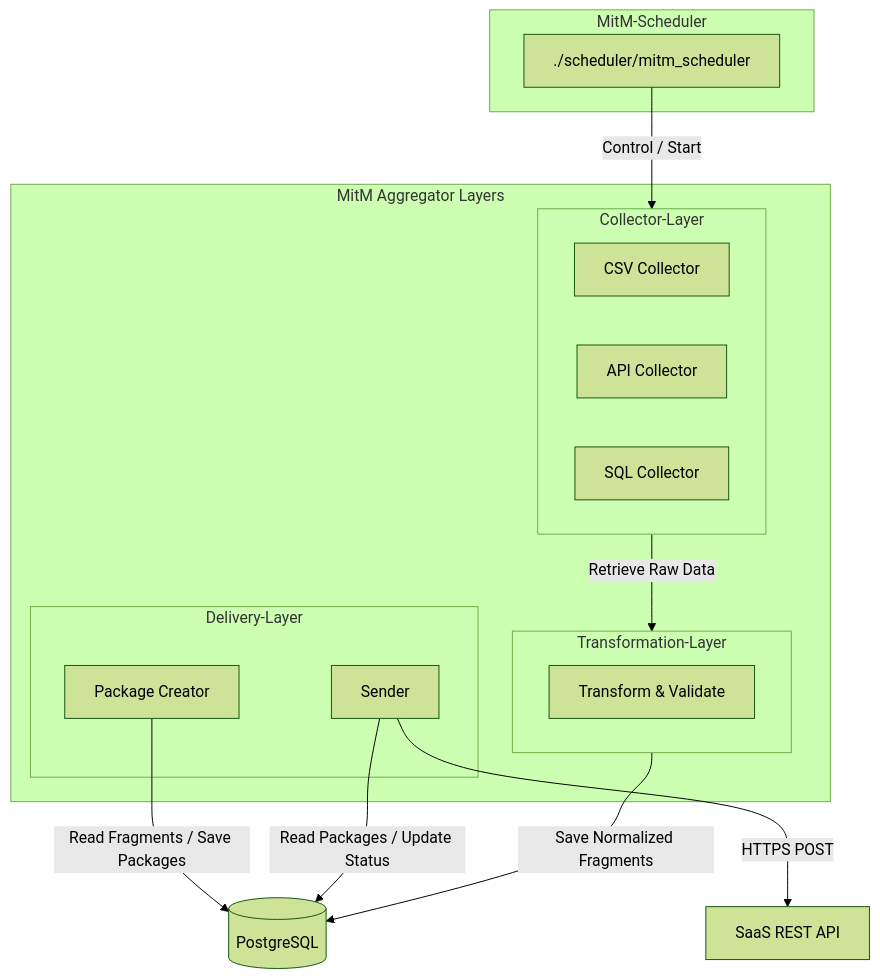
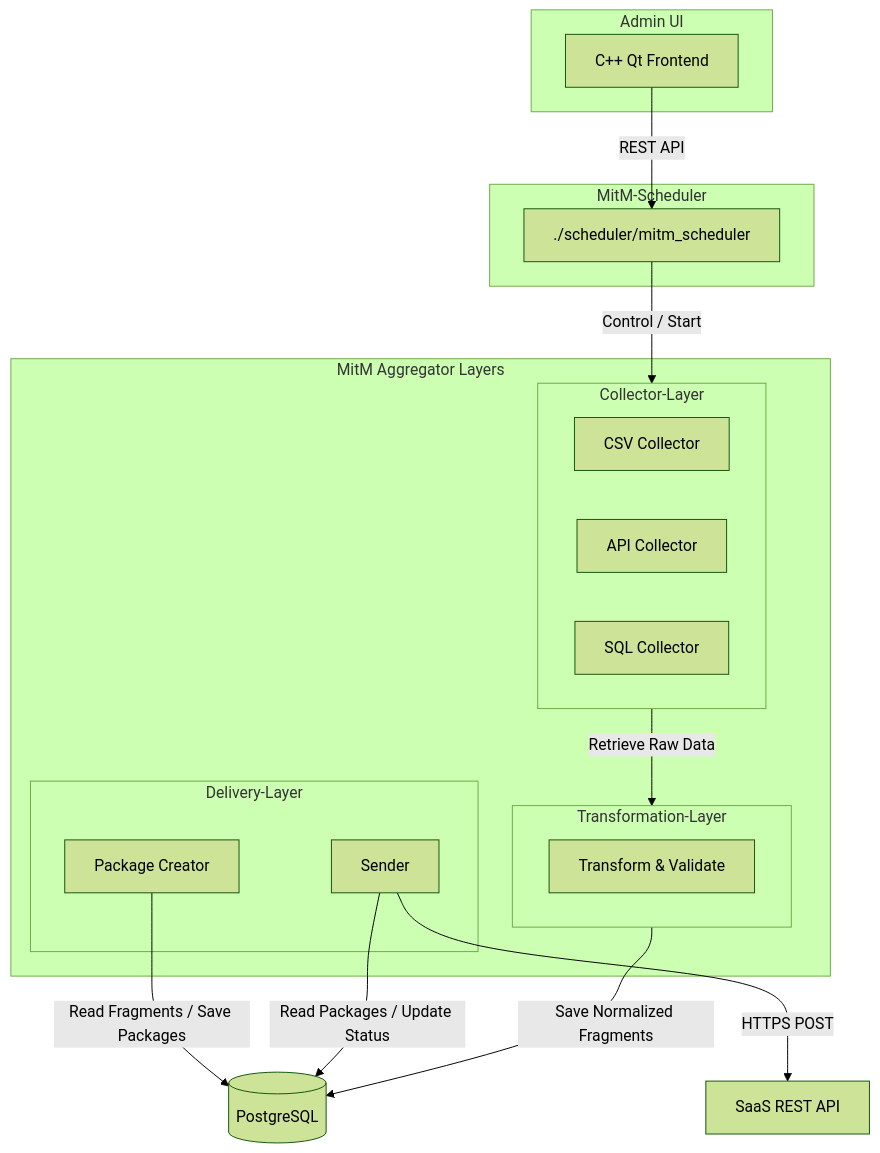
The second of 5 diagrams in architecture.md (Zheng-Bote/mitm-2), drawn with Mermaid (forest theme) before and after one commit. The commit also changed other lines of this file and 4 other files, not shown here.

````diff
--- a/architecture.md
+++ b/architecture.md
@@ -127,33 +127,38 @@
 ```mermaid
 graph TD
     subgraph Sched [MitM-Scheduler]
         Scheduler[./scheduler/mitm_scheduler]
+    end
+
+    subgraph UI [Admin UI]
+        Frontend[C++ Qt Frontend]
     end
 
     subgraph App [MitM Aggregator Layers]
         subgraph Collector [Collector-Layer]
             CollCSV[CSV Collector]
             CollAPI[API Collector]
             CollSQL[SQL Collector]
         end
 
         subgraph Transform [Transformation-Layer]
             TransVal[Transform & Validate]
         end
 
         subgraph Delivery [Delivery-Layer]
             Packager[Package Creator]
             Sender[Sender]
         end
     end
 
     DB[(PostgreSQL)]
     SaaS[SaaS REST API]
 
     Scheduler -->|Control / Start| Collector
+    Frontend -->|REST API| Scheduler
     Collector -->|Retrieve Raw Data| Transform
     Transform -->|Save Normalized Fragments| DB
     Packager -->|Read Fragments / Save Packages| DB
     Sender -->|Read Packages / Update Status| DB
     Sender -->|HTTPS POST| SaaS
 ```
````
